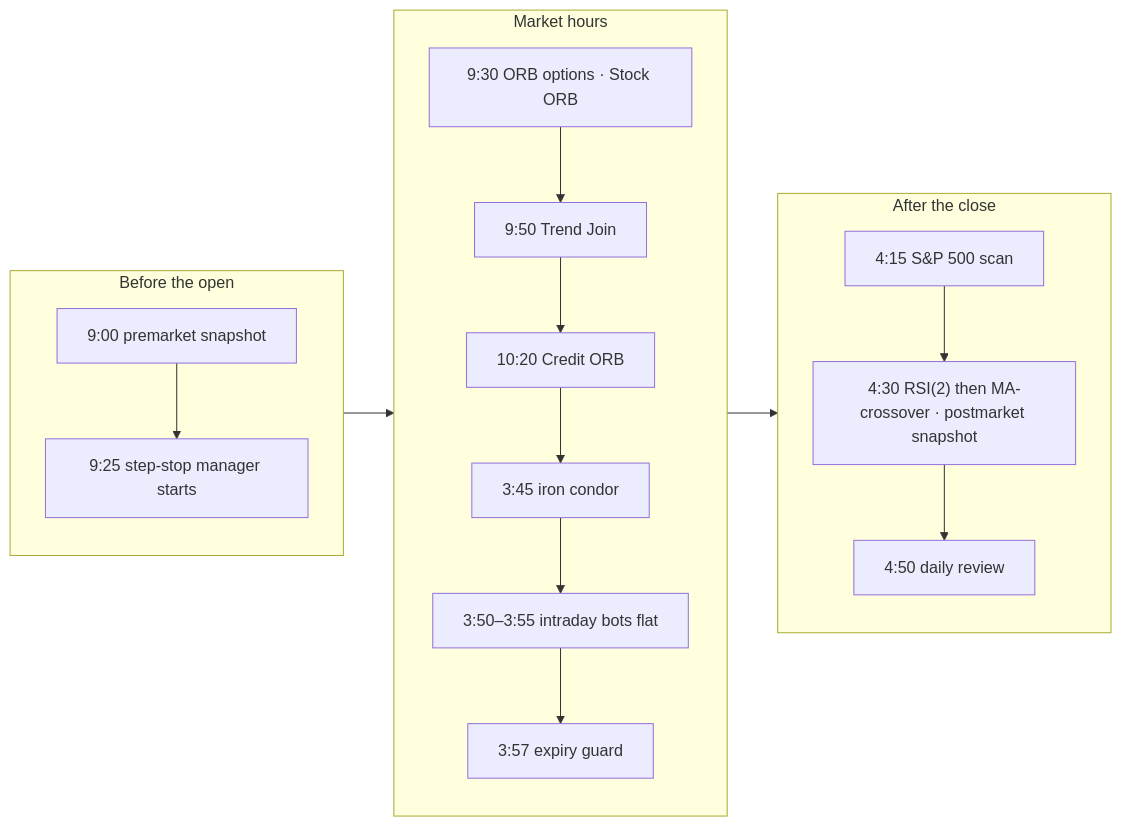
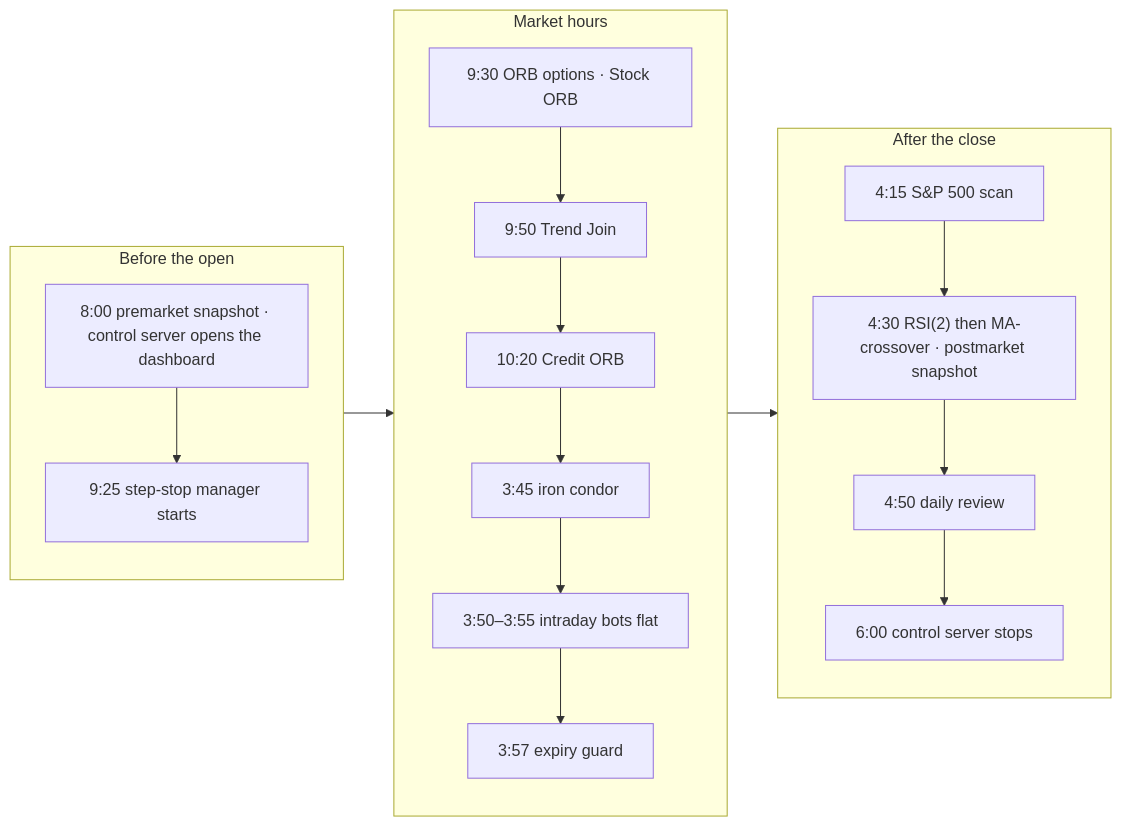
One commit to rshukla29/trading-bot-first changed the first of 4 diagrams in README.md. Above: the diagram before and after it, drawn with Mermaid. The commit also changed other lines of this file and 10 other files, not shown here.

````diff
--- a/README.md
+++ b/README.md
@@ -50,13 +56,13 @@
 ```mermaid
 flowchart LR
   subgraph PRE["Before the open"]
-    P1["9:00 premarket snapshot"] --> P2["9:25 step-stop manager starts"]
+    P1["8:00 premarket snapshot · control server opens the dashboard"] --> P2["9:25 step-stop manager starts"]
   end
   subgraph DAY["Market hours"]
     D1["9:30 ORB options · Stock ORB"] --> D2["9:50 Trend Join"] --> D3["10:20 Credit ORB"] --> D4["3:45 iron condor"] --> D5["3:50–3:55 intraday bots flat"] --> D6["3:57 expiry guard"]
   end
   subgraph POST["After the close"]
-    A1["4:15 S&P 500 scan"] --> A2["4:30 RSI(2) then MA-crossover · postmarket snapshot"] --> A3["4:50 daily review"]
+    A1["4:15 S&P 500 scan"] --> A2["4:30 RSI(2) then MA-crossover · postmarket snapshot"] --> A3["4:50 daily review"] --> A4["6:00 control server stops"]
   end
   PRE --> DAY --> POST
 ```
````
